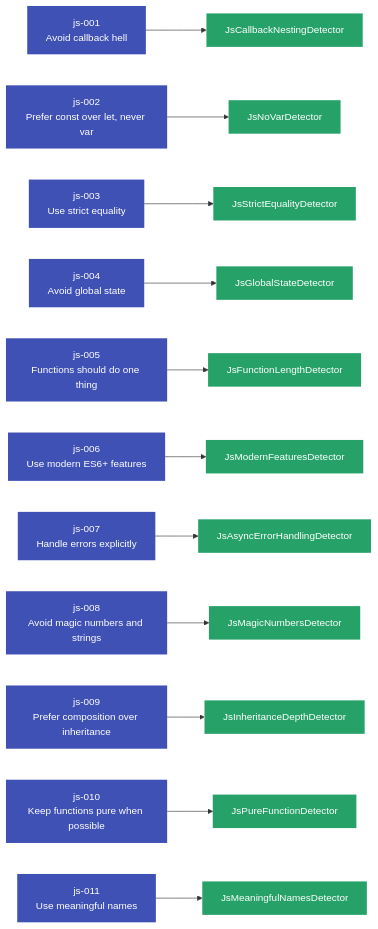
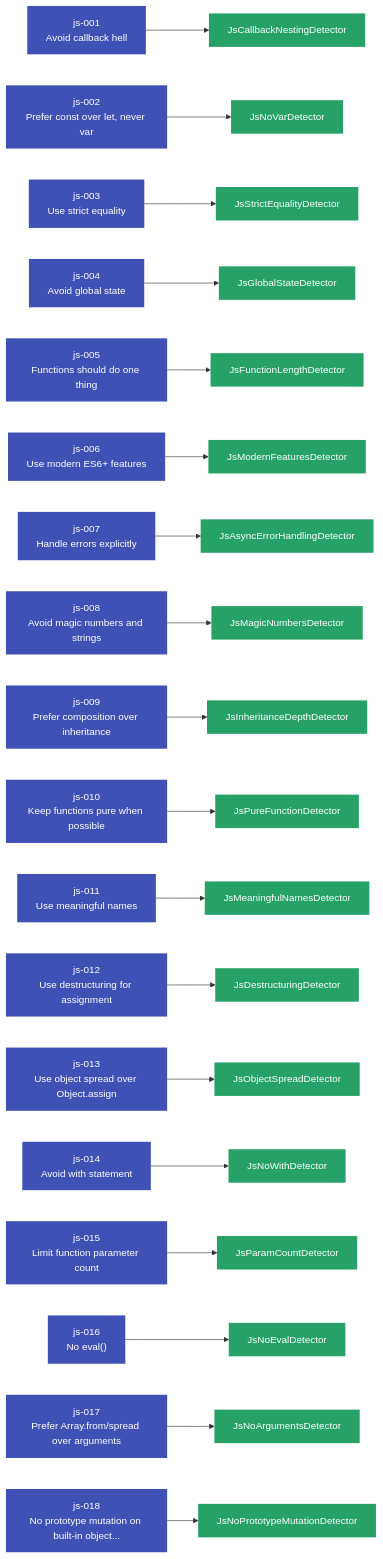
Before and after one commit to Anselmoo/mcp-zen-of-languages: the diagram in docs/user-guide/languages/javascript.md, drawn with Mermaid. The commit also changed other lines of this file and 43 other files, not shown here.

````diff
--- a/docs/user-guide/languages/javascript.md
+++ b/docs/user-guide/languages/javascript.md
@@ -318,10 +415,19 @@
     js_009["js-009<br/>Prefer composition over inheritance"]
     js_010["js-010<br/>Keep functions pure when possible"]
     js_011["js-011<br/>Use meaningful names"]
+    js_012["js-012<br/>Use destructuring for assignment"]
+    js_013["js-013<br/>Use object spread over Object.assign"]
+    js_014["js-014<br/>Avoid with statement"]
+    js_015["js-015<br/>Limit function parameter count"]
+    js_016["js-016<br/>No eval()"]
+    js_017["js-017<br/>Prefer Array.from/spread over arguments"]
+    js_018["js-018<br/>No prototype mutation on built-in object..."]
     det_JsAsyncErrorHandlingDetector["JsAsyncErrorHandlingDetector"]
     js_007 --> det_JsAsyncErrorHandlingDetector
     det_JsCallbackNestingDetector["JsCallbackNestingDetector"]
     js_001 --> det_JsCallbackNestingDetector
+    det_JsDestructuringDetector["JsDestructuringDetector"]
+    js_012 --> det_JsDestructuringDetector
     det_JsFunctionLengthDetector["JsFunctionLengthDetector"]
     js_005 --> det_JsFunctionLengthDetector
     det_JsGlobalStateDetector["JsGlobalStateDetector"]
@@ -334,8 +440,20 @@
     js_011 --> det_JsMeaningfulNamesDetector
     det_JsModernFeaturesDetector["JsModernFeaturesDetector"]
     js_006 --> det_JsModernFeaturesDetector
+    det_JsNoArgumentsDetector["JsNoArgumentsDetector"]
+    js_017 --> det_JsNoArgumentsDetector
+    det_JsNoEvalDetector["JsNoEvalDetector"]
+    js_016 --> det_JsNoEvalDetector
+    det_JsNoPrototypeMutationDetector["JsNoPrototypeMutationDetector"]
+    js_018 --> det_JsNoPrototypeMutationDetector
     det_JsNoVarDetector["JsNoVarDetector"]
     js_002 --> det_JsNoVarDetector
+    det_JsNoWithDetector["JsNoWithDetector"]
+    js_014 --> det_JsNoWithDetector
+    det_JsObjectSpreadDetector["JsObjectSpreadDetector"]
+    js_013 --> det_JsObjectSpreadDetector
+    det_JsParamCountDetector["JsParamCountDetector"]
+    js_015 --> det_JsParamCountDetector
     det_JsPureFunctionDetector["JsPureFunctionDetector"]
     js_010 --> det_JsPureFunctionDetector
     det_JsStrictEqualityDetector["JsStrictEqualityDetector"]
@@ -353,15 +471,29 @@
     class js_009 principle
     class js_010 principle
     class js_011 principle
+    class js_012 principle
+    class js_013 principle
+    class js_014 principle
+    class js_015 principle
+    class js_016 principle
+    class js_017 principle
+    class js_018 principle
     class det_JsAsyncErrorHandlingDetector detector
     class det_JsCallbackNestingDetector detector
+    class det_JsDestructuringDetector detector
     class det_JsFunctionLengthDetector detector
     class det_JsGlobalStateDetector detector
     class det_JsInheritanceDepthDetector detector
     class det_JsMagicNumbersDetector detector
     class det_JsMeaningfulNamesDetector detector
     class det_JsModernFeaturesDetector detector
+    class det_JsNoArgumentsDetector detector
+    class det_JsNoEvalDetector detector
+    class det_JsNoPrototypeMutationDetector detector
     class det_JsNoVarDetector detector
+    class det_JsNoWithDetector detector
+    class det_JsObjectSpreadDetector detector
+    class det_JsParamCountDetector detector
     class det_JsPureFunctionDetector detector
     class det_JsStrictEqualityDetector detector
     ```
````
